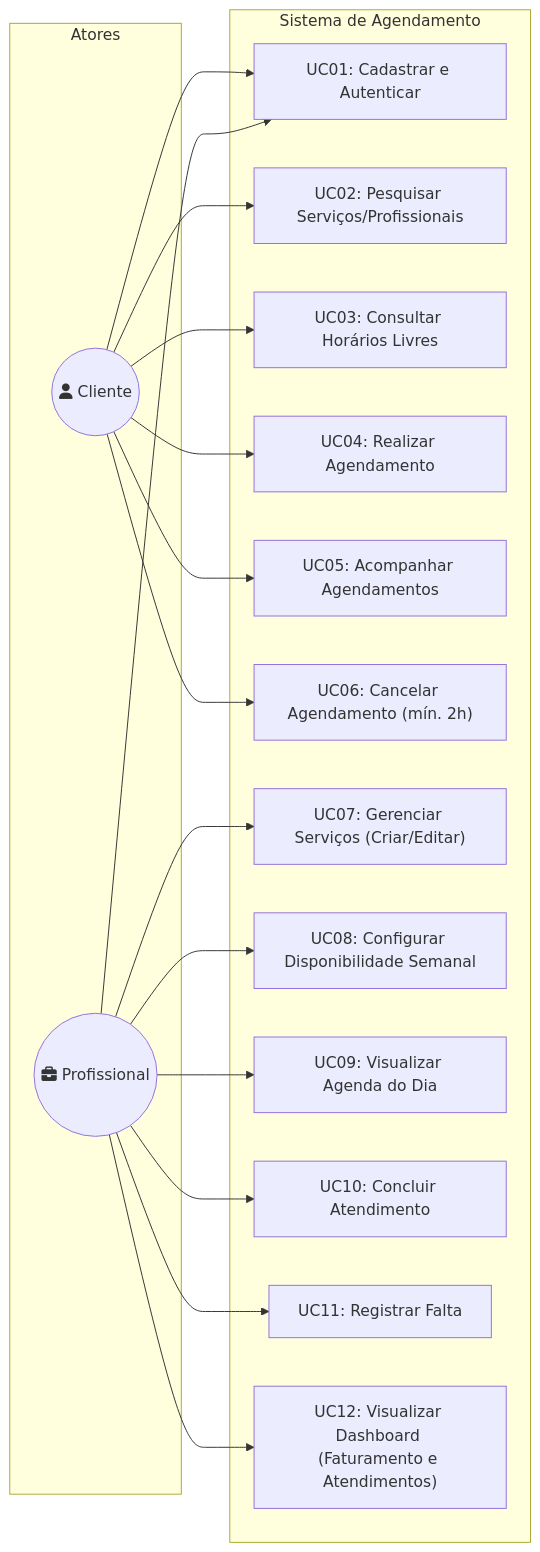
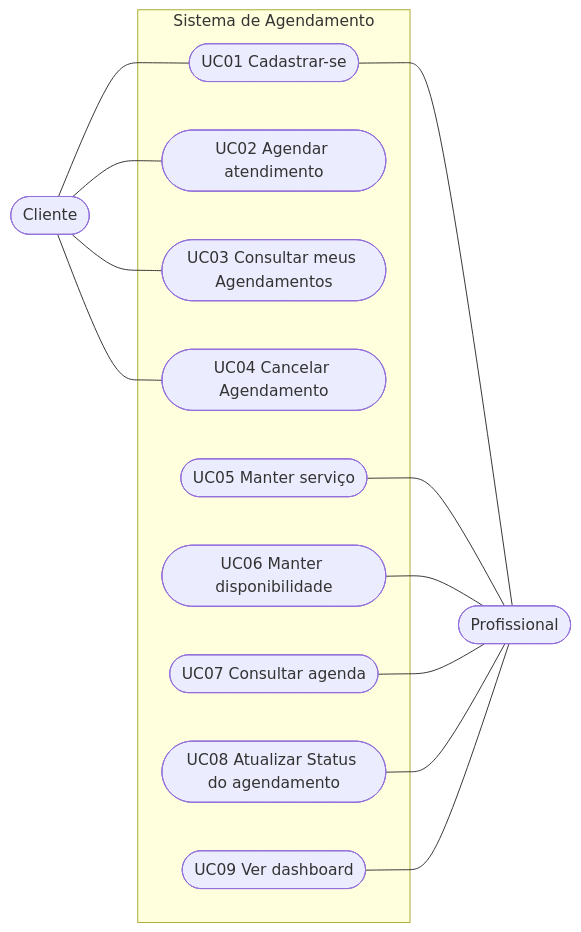
The diagram in docs/diagrama_casos_de_uso.md (C4103M/sistema-prestadores-servico), drawn with Mermaid before and after one commit. The commit also changed other lines of this file and 72 other files, not shown here.

First line of the commit message:
feat: entrega da Etapa 2 (casos de uso, diagramas, protótipo e slides)

````diff
--- a/docs/diagrama_casos_de_uso.md
+++ b/docs/diagrama_casos_de_uso.md
@@ -3,38 +9,29 @@
 ```mermaid
 flowchart LR
-    subgraph Atores
-        Cliente(("fa:fa-user Cliente"))
-        Profissional(("fa:fa-briefcase Profissional"))
+    Cliente(["Cliente"])
+    Profissional(["Profissional"])
+
+    subgraph Sistema ["Sistema de Agendamento"]
+        UC01(["UC01 Cadastrar-se"])
+        UC02(["UC02 Agendar atendimento"])
+        UC03(["UC03 Consultar meus Agendamentos"])
+        UC04(["UC04 Cancelar Agendamento"])
+        UC05(["UC05 Manter serviço"])
+        UC06(["UC06 Manter disponibilidade"])
+        UC07(["UC07 Consultar agenda"])
+        UC08(["UC08 Atualizar Status do agendamento"])
+        UC09(["UC09 Ver dashboard"])
     end
 
-    subgraph Sistema ["Sistema de Agendamento"]
-        UC01["UC01: Cadastrar e Autenticar"]
-        UC02["UC02: Pesquisar Serviços/Profissionais"]
-        UC03["UC03: Consultar Horários Livres"]
-        UC04["UC04: Realizar Agendamento"]
-        UC05["UC05: Acompanhar Agendamentos"]
-        UC06["UC06: Cancelar Agendamento (mín. 2h)"]
+    Cliente --- UC01
+    Cliente --- UC02
+    Cliente --- UC03
+    Cliente --- UC04
 
-        UC07["UC07: Gerenciar Serviços (Criar/Editar)"]
-        UC08["UC08: Configurar Disponibilidade Semanal"]
-        UC09["UC09: Visualizar Agenda do Dia"]
-        UC10["UC10: Concluir Atendimento"]
-        UC11["UC11: Registrar Falta"]
-        UC12["UC12: Visualizar Dashboard (Faturamento e Atendimentos)"]
-    end
-
-    Cliente --> UC01
-    Cliente --> UC02
-    Cliente --> UC03
-    Cliente --> UC04
-    Cliente --> UC05
-    Cliente --> UC06
-
-    Profissional --> UC01
-    Profissional --> UC07
-    Profissional --> UC08
-    Profissional --> UC09
-    Profissional --> UC10
-    Profissional --> UC11
-    Profissional --> UC12
+    UC01 --- Profissional
+    UC05 --- Profissional
+    UC06 --- Profissional
+    UC07 --- Profissional
+    UC08 --- Profissional
+    UC09 --- Profissional
 ```
````
